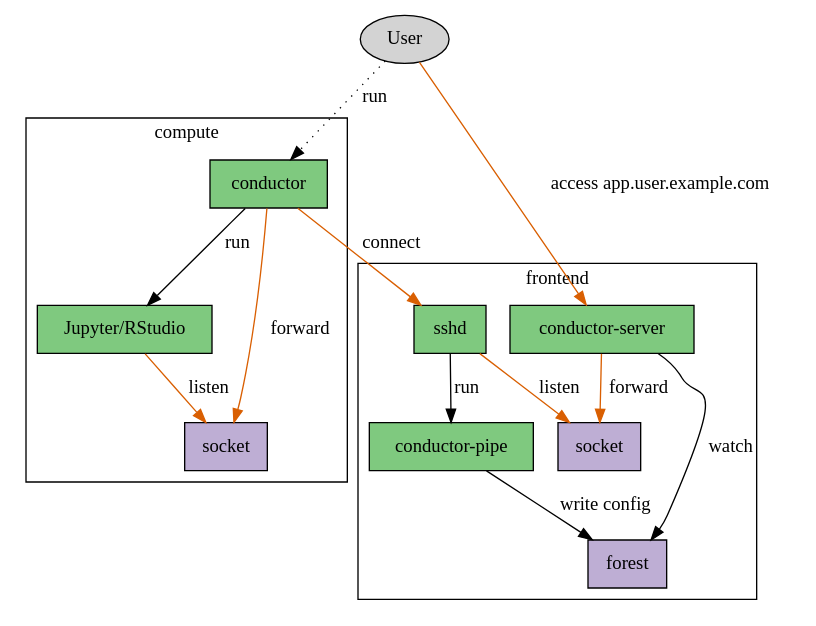
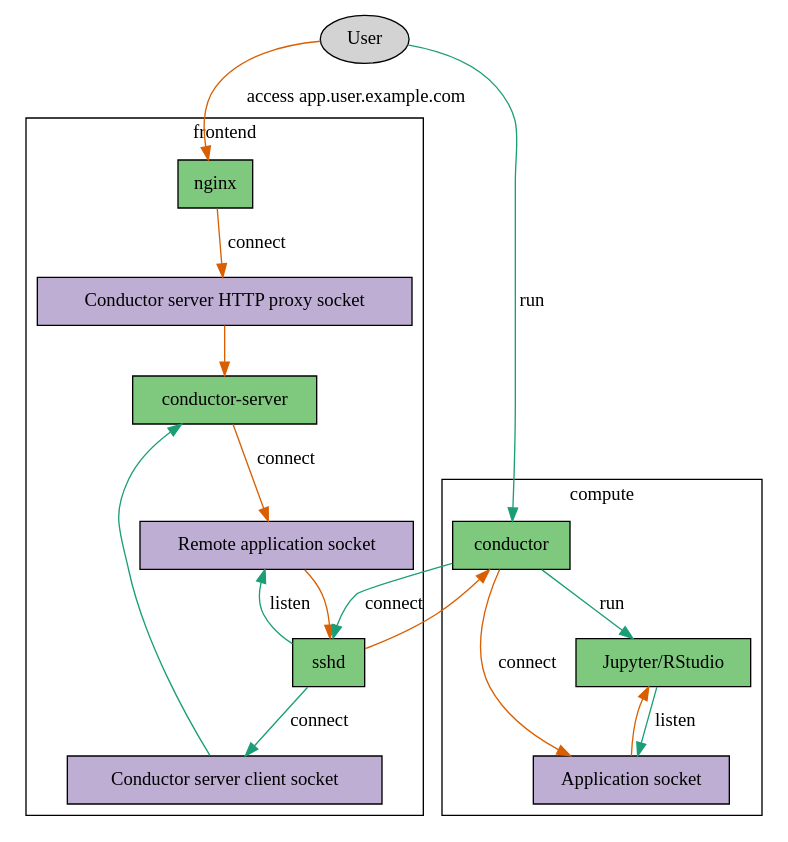
One commit to leibniz-psychology/conductor changed the diagram in conductor.gv. Above: the diagram before and after it, drawn with Graphviz. The commit also changed 12 other files, not shown here.

First line of the commit message:
Switch client↔server communication to sockets

```diff
--- a/conductor.gv
+++ b/conductor.gv
@@ -1,72 +1,81 @@
 digraph G {
 	node [
 		colorscheme="accent8"
 		labeljust="l"
 		style=filled
 		]
 	edge [
 		colorscheme="dark28"
 		]
 
 	subgraph cluster_frontend {
 		/* software */
 		{
 			node [
 				fillcolor=1
 				shape=record
 			]
+			nginx [label="nginx"];
 			conductorserver [label="conductor-server"];
-			conductorpipe [label="conductor-pipe"];
 			sshd [label="sshd"];
 		}
 		{
 			node [
 				fillcolor=2
 				shape=record
 			]
-			forest [label="forest"];
-			remotesocket [label="socket"];
+			serversocket [label="Conductor server HTTP proxy socket"];
+			remotesocket [label="Remote application socket"];
+			clientsocket [label="Conductor server client socket"];
 		}
 
 		label="frontend";
 	}
 
 	subgraph cluster_compute {
 		/* software */
 		{
 			node [
 				fillcolor=1
 				shape=record
 			]
 			conductorclient [label="conductor"];
 			app [label="Jupyter/RStudio"];
 		}
 		{
 			node [
 				fillcolor=2
 				shape=record
 			]
-			localsocket [label="socket"];
+			localsocket [label="Application socket"];
 		}
 
 		label="compute";
 	}
 
 	user [label="User"];
 
+	/* http request flow */
 	{
 		edge [ color=2 ];
+		user -> nginx [label="access app.user.example.com"];
+		nginx -> serversocket [label="connect"];
+		serversocket -> conductorserver;
+		conductorserver -> remotesocket [label="connect"];
+		remotesocket -> sshd;
+		sshd -> conductorclient;
+		conductorclient -> localsocket [label="connect"];
+		localsocket -> app;
+	}
+	/* setup flow */
+	{
+		edge [ color=1 ];
+		user -> conductorclient [label="run"];
+		conductorclient -> app [label="run"];
+		app -> localsocket [label="listen"];
 		conductorclient -> sshd [label="connect"];
-		app -> localsocket [label="listen", color=2];
-		conductorclient -> localsocket [label="forward"];
-		conductorserver -> remotesocket [label="forward"];
+		sshd -> clientsocket [label="connect"];
 		sshd -> remotesocket [label="listen"];
-		user -> conductorserver [label="access app.user.example.com"];
+		clientsocket -> conductorserver;
 	}
-	conductorclient -> app [label="run"];
-	conductorserver -> forest [label="watch"];
-	sshd -> conductorpipe [label="run"];
-	conductorpipe -> forest [label="write config"];
-	user -> conductorclient [label="run", style=dotted];
-	//remotesocket -> localsocket [label="forward"];
 }
```
